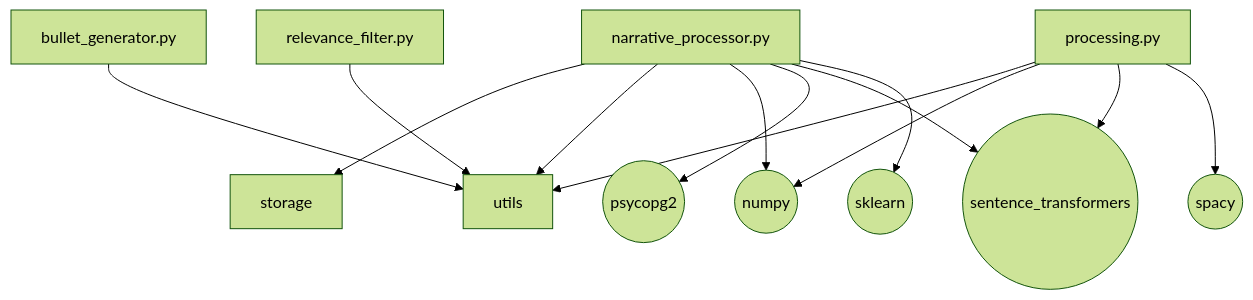
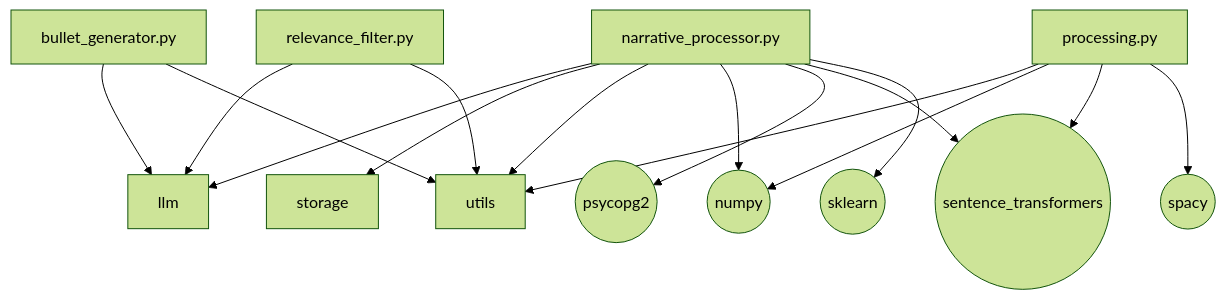
The fourth of 6 diagrams in docs/generated/imports.md (TommasoFazzi/MACROINTEL), drawn with Mermaid (forest theme) before and after one commit. The commit also changed other lines of this file, not shown here.

Commit message:
docs(auto): update Python import graph [skip ci]

````diff
--- a/docs/generated/imports.md
+++ b/docs/generated/imports.md
@@ -192,25 +192,28 @@
 ```mermaid
 flowchart TD
     bullet_generator["bullet_generator.py"]
     narrative_processor["narrative_processor.py"]
     processing["processing.py"]
     relevance_filter["relevance_filter.py"]
     EXT_numpy(("numpy"))
     EXT_psycopg2(("psycopg2"))
     EXT_sentence_transformers(("sentence_transformers"))
     EXT_sklearn(("sklearn"))
     EXT_spacy(("spacy"))
 
+    bullet_generator --> llm
     bullet_generator --> utils
+    narrative_processor --> llm
     narrative_processor --> storage
     narrative_processor --> utils
     processing --> utils
+    relevance_filter --> llm
     relevance_filter --> utils
     narrative_processor --> EXT_numpy
     narrative_processor --> EXT_psycopg2
     narrative_processor --> EXT_sentence_transformers
     narrative_processor --> EXT_sklearn
     processing --> EXT_numpy
     processing --> EXT_sentence_transformers
     processing --> EXT_spacy
 ```
````
